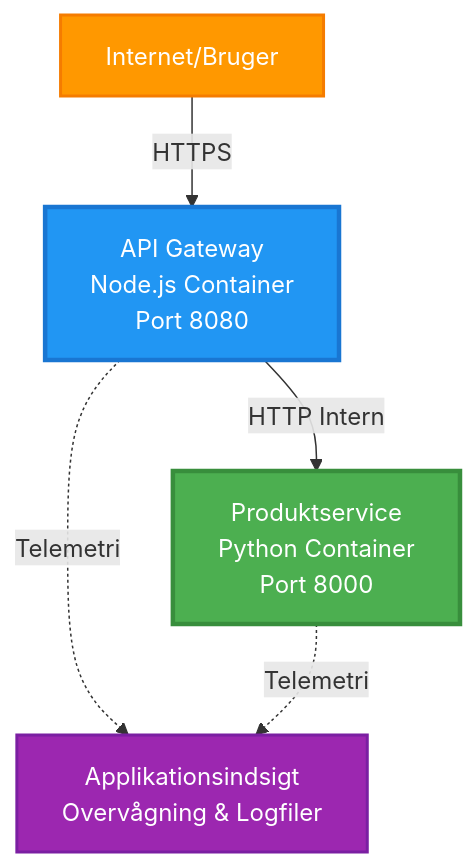
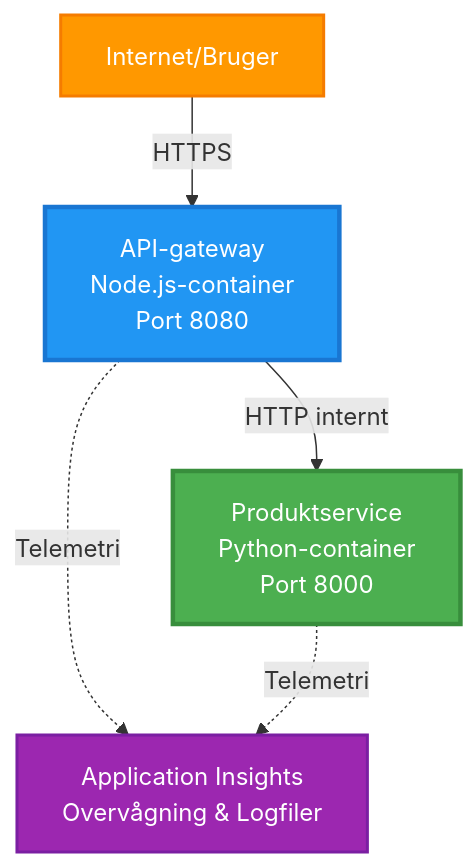
The first of 4 diagrams in translations/da/examples/microservices/README.md (microsoft/AZD-for-beginners), drawn with Mermaid before and after one commit. The commit also changed other lines of this file and 242 other files, not shown here.

````diff
--- a/translations/da/examples/microservices/README.md
+++ b/translations/da/examples/microservices/README.md
@@ -40,17 +31,17 @@
 ```mermaid
 graph TB
     Internet[Internet/Bruger]
-    Gateway[API Gateway<br/>Node.js Container<br/>Port 8080]
-    Product[Produktservice<br/>Python Container<br/>Port 8000]
-    AppInsights[Applikationsindsigt<br/>Overvågning & Logfiler]
+    Gateway[API-gateway<br/>Node.js-container<br/>Port 8080]
+    Product[Produktservice<br/>Python-container<br/>Port 8000]
+    AppInsights[Application Insights<br/>Overvågning & Logfiler]
     
     Internet -->|HTTPS| Gateway
-    Gateway -->|HTTP Intern| Product
+    Gateway -->|HTTP internt| Product
     Gateway -.->|Telemetri| AppInsights
     Product -.->|Telemetri| AppInsights
     
     style Gateway fill:#2196F3,stroke:#1976D2,stroke-width:3px,color:#fff
     style Product fill:#4CAF50,stroke:#388E3C,stroke-width:3px,color:#fff
     style Internet fill:#FF9800,stroke:#F57C00,stroke-width:2px,color:#fff
     style AppInsights fill:#9C27B0,stroke:#7B1FA2,stroke-width:2px,color:#fff
 ```
````
